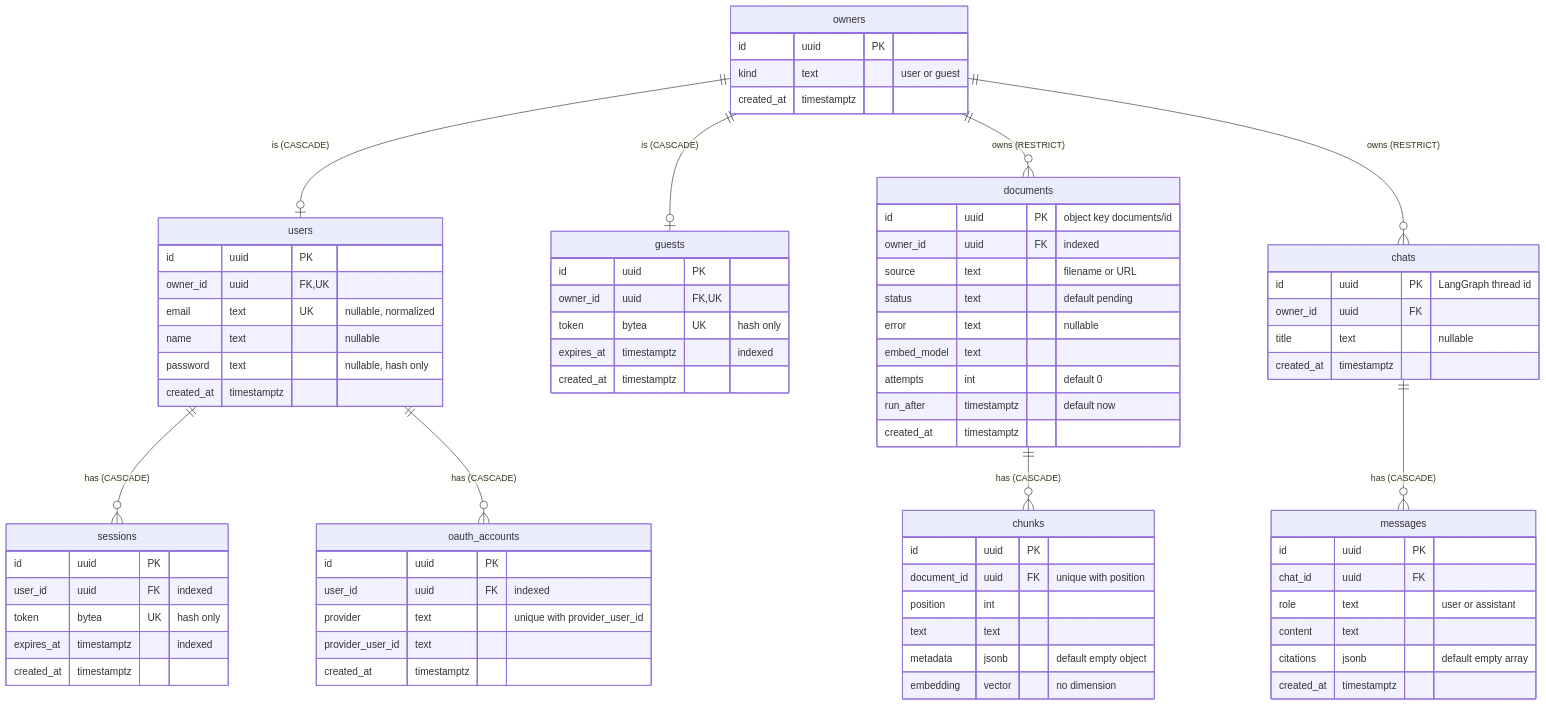
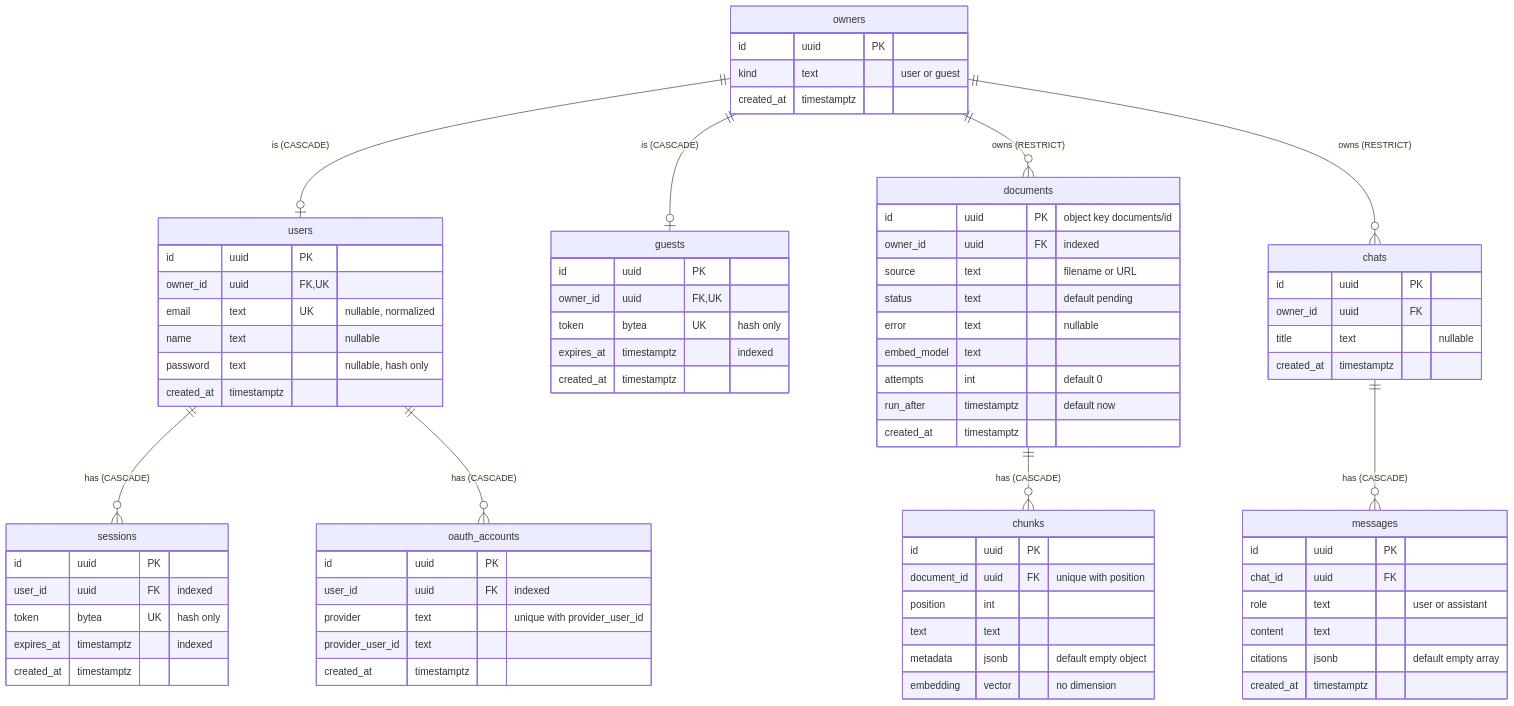
Before and after one commit to JosephSuyam/ragidy: the fifth of 5 diagrams in docs/architecture/diagrams.md, drawn with Mermaid. The commit also changed other lines of this file and 8 other files, not shown here.

````diff
--- a/docs/architecture/diagrams.md
+++ b/docs/architecture/diagrams.md
@@ -119,79 +122,79 @@
 ```mermaid
 erDiagram
   %% Attributes are written name-first so the column name renders in the first column.
   owners ||--o| users : "is (CASCADE)"
   owners ||--o| guests : "is (CASCADE)"
   users ||--o{ sessions : "has (CASCADE)"
   users ||--o{ oauth_accounts : "has (CASCADE)"
   owners ||--o{ documents : "owns (RESTRICT)"
   owners ||--o{ chats : "owns (RESTRICT)"
   chats ||--o{ messages : "has (CASCADE)"
   documents ||--o{ chunks : "has (CASCADE)"
   owners {
     id uuid PK
     kind text "user or guest"
     created_at timestamptz
   }
   users {
     id uuid PK
     owner_id uuid FK, UK
     email text UK "nullable, normalized"
     name text "nullable"
     password text "nullable, hash only"
     created_at timestamptz
   }
   guests {
     id uuid PK
     owner_id uuid FK, UK
     token bytea UK "hash only"
     expires_at timestamptz "indexed"
     created_at timestamptz
   }
   sessions {
     id uuid PK
     user_id uuid FK "indexed"
     token bytea UK "hash only"
     expires_at timestamptz "indexed"
     created_at timestamptz
   }
   oauth_accounts {
     id uuid PK
     user_id uuid FK "indexed"
     provider text "unique with provider_user_id"
     provider_user_id text
     created_at timestamptz
   }
   documents {
     id uuid PK "object key documents/id"
     owner_id uuid FK "indexed"
     source text "filename or URL"
     status text "default pending"
     error text "nullable"
     embed_model text
     attempts int "default 0"
     run_after timestamptz "default now"
     created_at timestamptz
   }
   chunks {
     id uuid PK
     document_id uuid FK "unique with position"
     position int
     text text
     metadata jsonb "default empty object"
     embedding vector "no dimension"
   }
   chats {
-    id uuid PK "LangGraph thread id"
+    id uuid PK
     owner_id uuid FK
     title text "nullable"
     created_at timestamptz
   }
   messages {
     id uuid PK
     chat_id uuid FK
     role text "user or assistant"
     content text
     citations jsonb "default empty array"
     created_at timestamptz
   }
 ```
````
